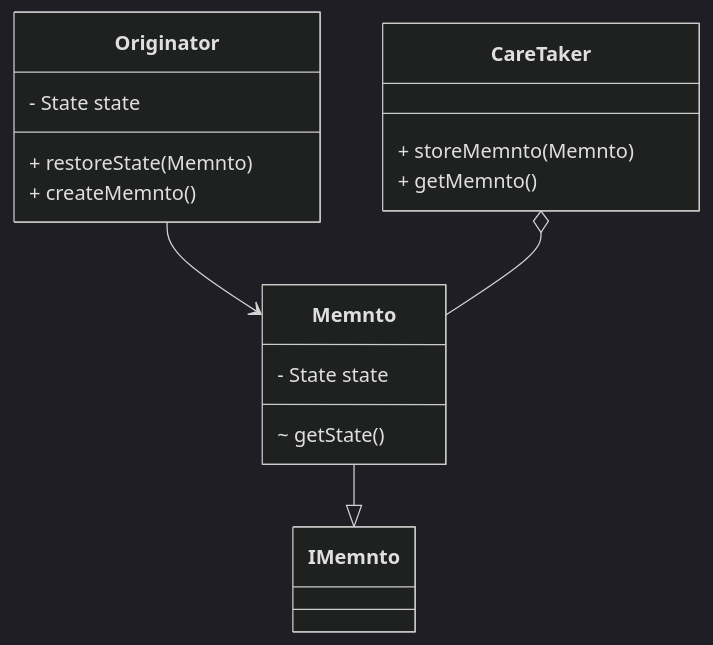
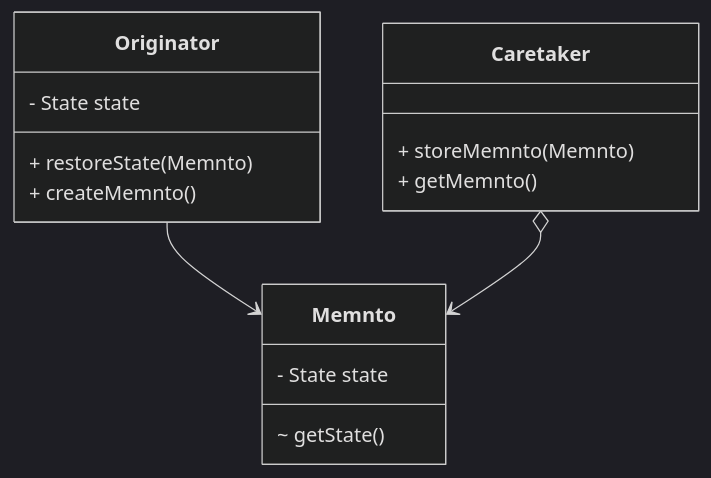
One commit to wqf31415/wqf31415.github.io changed the diagram in source/_drafts/设计模式之备忘录模式.md. Above: the diagram before and after it, drawn with Mermaid (dark theme). The commit also changed other lines of this file, not shown here.

Commit message:
:wavy_dash: 添加备忘模式相关角色说明

````diff
--- a/source/_drafts/设计模式之备忘录模式.md
+++ b/source/_drafts/设计模式之备忘录模式.md
@@ -17,13 +17,12 @@
 ```mermaid
 classDiagram
 Originator --> Memnto
 Originator : - State state
 Originator : + restoreState(Memnto)
 Originator : + createMemnto()
-Memnto --|> IMemnto
 Memnto : - State state
 Memnto : ~ getState()
-CareTaker o-- Memnto
-CareTaker : + storeMemnto(Memnto)
-CareTaker : + getMemnto()
+Caretaker o--> Memnto
+Caretaker : + storeMemnto(Memnto)
+Caretaker : + getMemnto()
 ```
````
